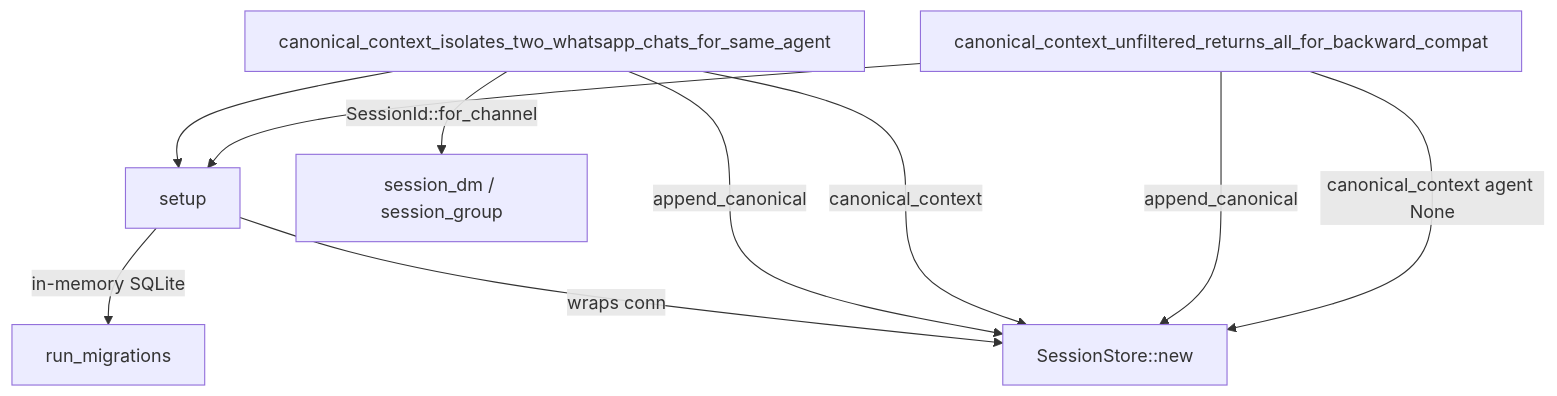
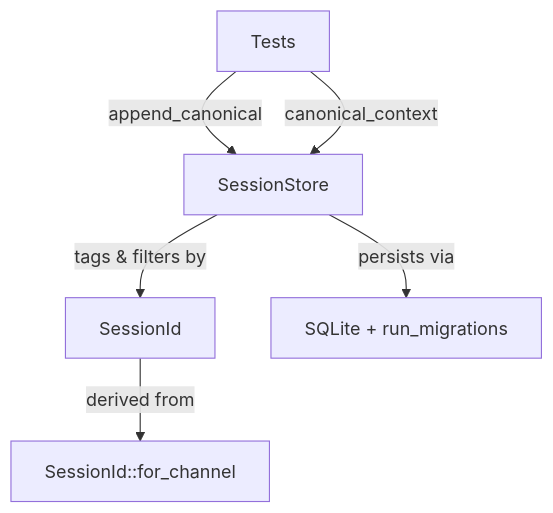
One commit to leszek3737/librefang-WIki changed the diagram in other-librefang-memory-tests.md. Above: the diagram before and after it, drawn with Mermaid. The commit also changed other lines of this file and 98 other files, not shown here.

````diff
--- a/other-librefang-memory-tests.md
+++ b/other-librefang-memory-tests.md
@@ -13,14 +57,8 @@
 ```mermaid
 graph TD
-    A[setup] -->|in-memory SQLite| B[run_migrations]
-    A -->|wraps conn| C[SessionStore::new]
-
-    D[canonical_context_isolates_two_whatsapp_chats_for_same_agent] --> A
-    D -->|SessionId::for_channel| E[session_dm / session_group]
-    D -->|append_canonical| C
-    D -->|canonical_context| C
-
-    F[canonical_context_unfiltered_returns_all_for_backward_compat] --> A
-    F -->|append_canonical| C
-    F -->|canonical_context agent None| C
+    A[Tests] -->|append_canonical| B[SessionStore]
+    A -->|canonical_context| B
+    B -->|tags & filters by| C[SessionId]
+    B -->|persists via| D[SQLite + run_migrations]
+    C -->|derived from| E[SessionId::for_channel]
 ```
````
